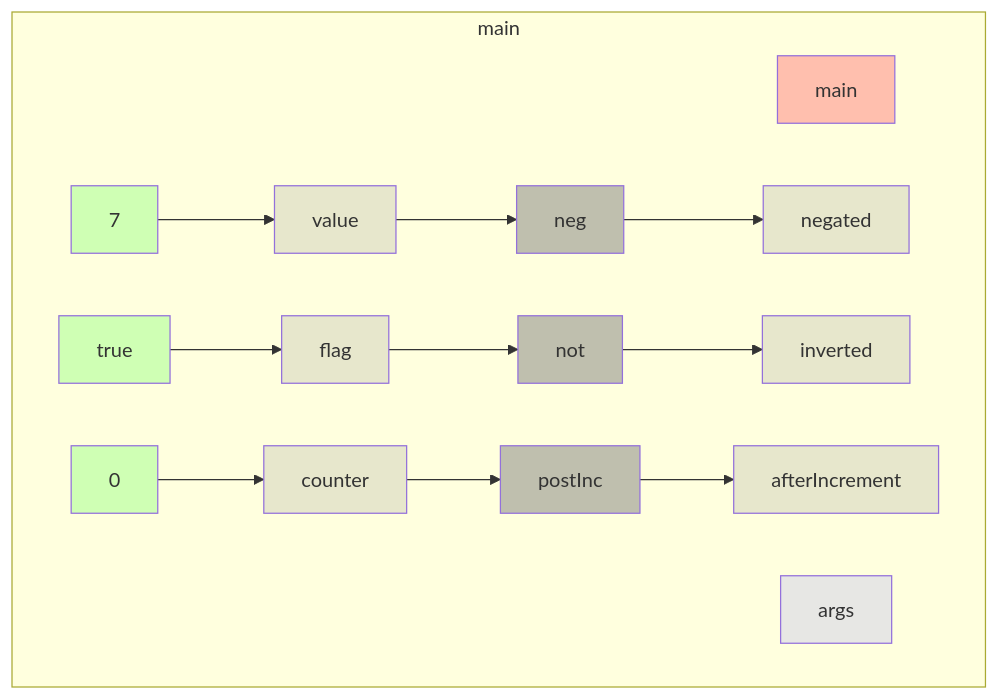
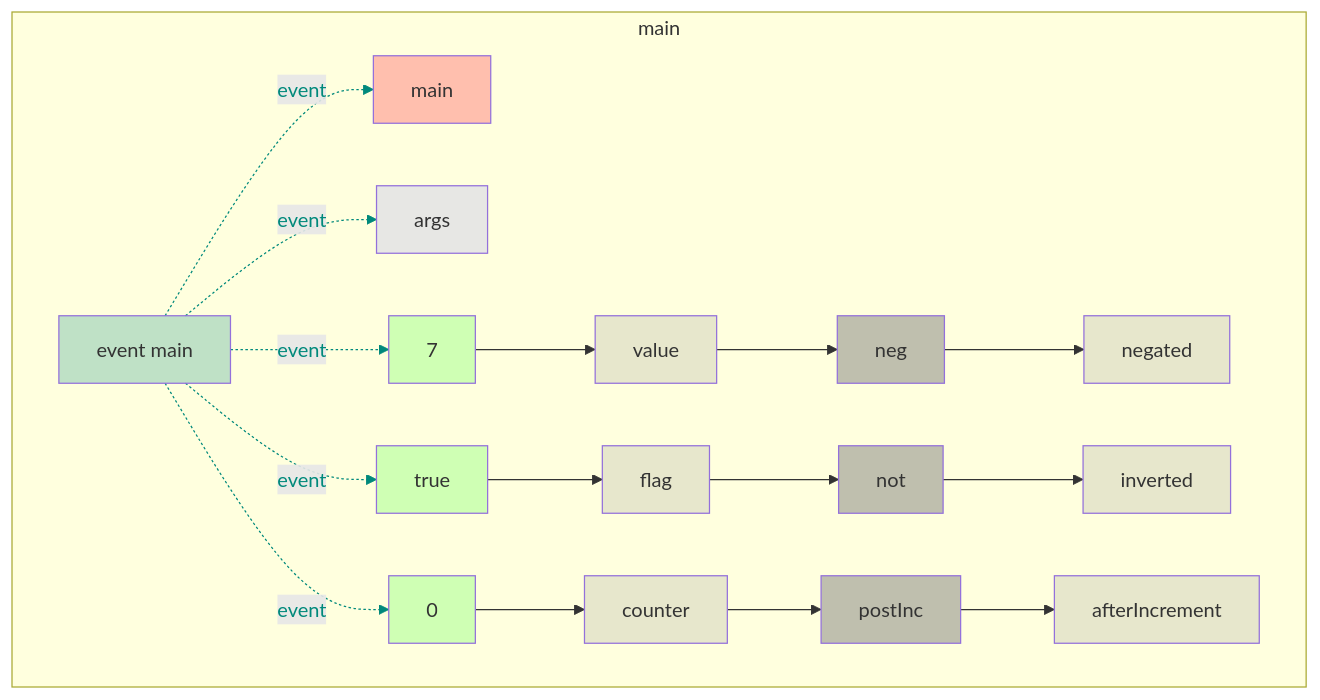
The diagram in app/src/test/resources/unary/snapshot.md (gstiebler/codeflow), drawn with Mermaid before and after one commit. The commit also changed 77 other files, not shown here.

````diff
--- a/app/src/test/resources/unary/snapshot.md
+++ b/app/src/test/resources/unary/snapshot.md
@@ -1,35 +1,47 @@
 ```mermaid
 flowchart TD
   subgraph b0["main"]
-    n1[main]:::RETURN
-    n2[args]:::FUNC_PARAM
-    n3[7]:::LITERAL
-    n4[value]:::VARIABLE
-    n5[true]:::LITERAL
-    n6[flag]:::VARIABLE
-    n7[neg]:::BIN_OP
-    n8[negated]:::VARIABLE
-    n9[not]:::BIN_OP
-    n10[inverted]:::VARIABLE
-    n11[0]:::LITERAL
-    n12[counter]:::VARIABLE
-    n13[postInc]:::BIN_OP
-    n14[afterIncrement]:::VARIABLE
-    n3[7]:::LITERAL --> n4[value]:::VARIABLE
-    n4[value]:::VARIABLE --> n7[neg]:::BIN_OP
-    n5[true]:::LITERAL --> n6[flag]:::VARIABLE
-    n6[flag]:::VARIABLE --> n9[not]:::BIN_OP
-    n7[neg]:::BIN_OP --> n8[negated]:::VARIABLE
-    n9[not]:::BIN_OP --> n10[inverted]:::VARIABLE
-    n11[0]:::LITERAL --> n12[counter]:::VARIABLE
-    n12[counter]:::VARIABLE --> n13[postInc]:::BIN_OP
-    n13[postInc]:::BIN_OP --> n14[afterIncrement]:::VARIABLE
+    n1[event main]:::EVENT
+    n2[main]:::RETURN
+    n3[args]:::FUNC_PARAM
+    n4[7]:::LITERAL
+    n5[value]:::VARIABLE
+    n6[true]:::LITERAL
+    n7[flag]:::VARIABLE
+    n8[neg]:::BIN_OP
+    n9[negated]:::VARIABLE
+    n10[not]:::BIN_OP
+    n11[inverted]:::VARIABLE
+    n12[0]:::LITERAL
+    n13[counter]:::VARIABLE
+    n14[postInc]:::BIN_OP
+    n15[afterIncrement]:::VARIABLE
+    n1[event main]:::EVENT -. event .-> n2[main]:::RETURN
+    n1[event main]:::EVENT -. event .-> n3[args]:::FUNC_PARAM
+    n1[event main]:::EVENT -. event .-> n4[7]:::LITERAL
+    n1[event main]:::EVENT -. event .-> n6[true]:::LITERAL
+    n1[event main]:::EVENT -. event .-> n12[0]:::LITERAL
+    n4[7]:::LITERAL --> n5[value]:::VARIABLE
+    n5[value]:::VARIABLE --> n8[neg]:::BIN_OP
+    n6[true]:::LITERAL --> n7[flag]:::VARIABLE
+    n7[flag]:::VARIABLE --> n10[not]:::BIN_OP
+    n8[neg]:::BIN_OP --> n9[negated]:::VARIABLE
+    n10[not]:::BIN_OP --> n11[inverted]:::VARIABLE
+    n12[0]:::LITERAL --> n13[counter]:::VARIABLE
+    n13[counter]:::VARIABLE --> n14[postInc]:::BIN_OP
+    n14[postInc]:::BIN_OP --> n15[afterIncrement]:::VARIABLE
   end
+  linkStyle 0 stroke:#00897b,color:#00897b
+  linkStyle 1 stroke:#00897b,color:#00897b
+  linkStyle 2 stroke:#00897b,color:#00897b
+  linkStyle 3 stroke:#00897b,color:#00897b
+  linkStyle 4 stroke:#00897b,color:#00897b
   classDef LITERAL fill:#00FF0030
   classDef VARIABLE fill:#80808030
   classDef BIN_OP fill:#80808080
   classDef FUNC_PARAM fill:#8080FF30
   classDef RETURN fill:#FF808080
   classDef EXTERNAL fill:#FFA50040
   classDef UNMODELLED fill:#FF000030,stroke-dasharray: 4 2
+  classDef EVENT fill:#00897B40
 ```
````
